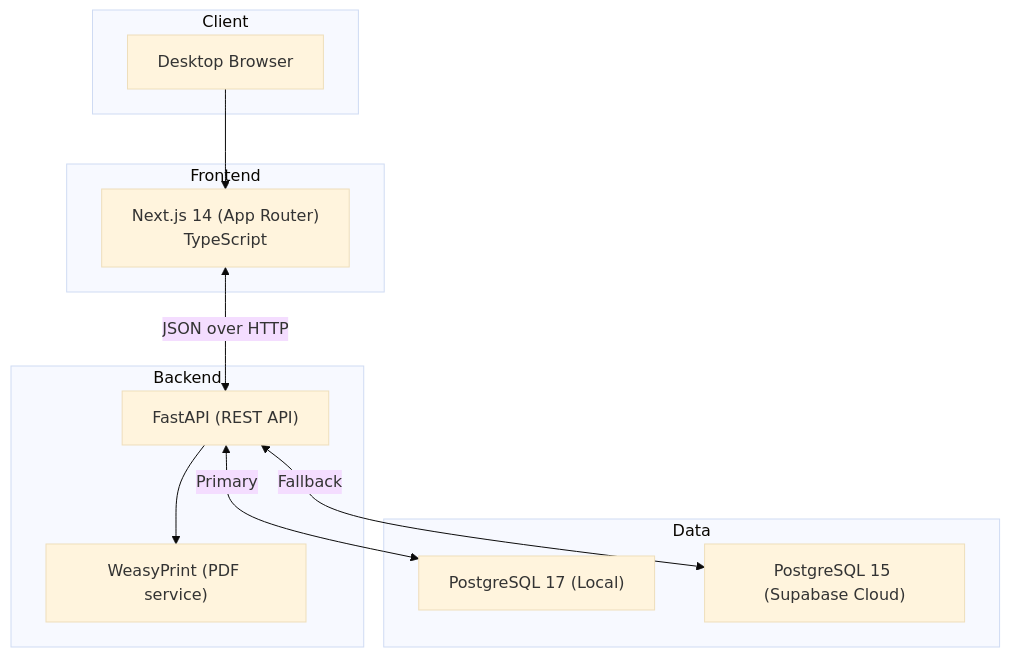
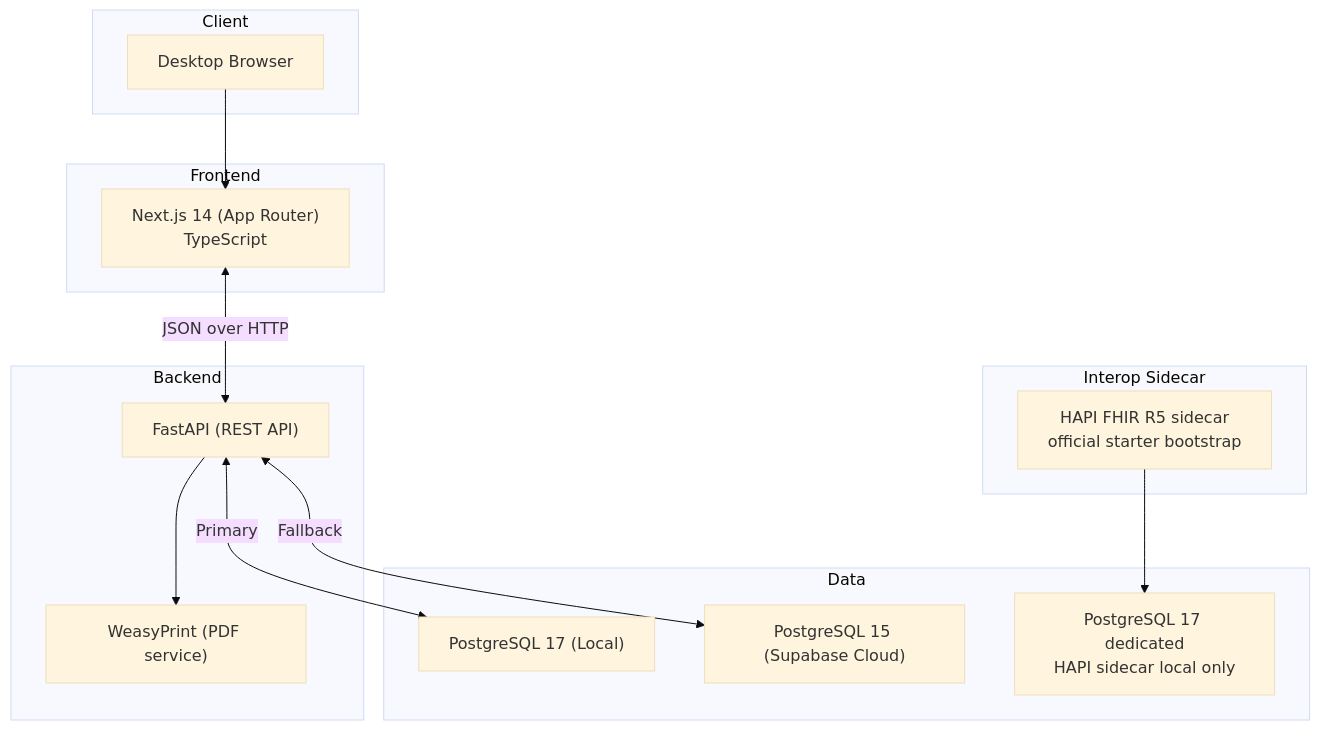
One commit to AIOjPINEDA/EHR_Local changed the first of 2 diagrams in docs/architecture/overview.md. Above: the diagram before and after it, drawn with Mermaid (base theme). The commit also changed other lines of this file and 11 other files, not shown here.

Commit message:
docs(repo): align governance and architecture with implemented hapi baseline

````diff
--- a/docs/architecture/overview.md
+++ b/docs/architecture/overview.md
@@ -11,26 +11,32 @@
 ```mermaid
 flowchart TB
     subgraph Client ["Client"]
         Browser["Desktop Browser"]
     end
 
     subgraph Frontend ["Frontend"]
         NextJS["Next.js 14 (App Router)<br/>TypeScript"]
     end
 
     subgraph Backend ["Backend"]
         FastAPI["FastAPI (REST API)"]
         PDF["WeasyPrint (PDF service)"]
     end
 
+    subgraph Sidecar ["Interop Sidecar"]
+        HAPI["HAPI FHIR R5 sidecar<br/>official starter bootstrap"]
+    end
+
     subgraph Data ["Data"]
         PG17["PostgreSQL 17 (Local)"]
         PG15["PostgreSQL 15 (Supabase Cloud)"]
+        HAPIPG["PostgreSQL 17 dedicated<br/>HAPI sidecar local only"]
     end
 
     Browser --> NextJS
     NextJS <-->|JSON over HTTP| FastAPI
     FastAPI --> PDF
     FastAPI <-->|Primary| PG17
     FastAPI <-->|Fallback| PG15
+    HAPI --> HAPIPG
 ```
````
